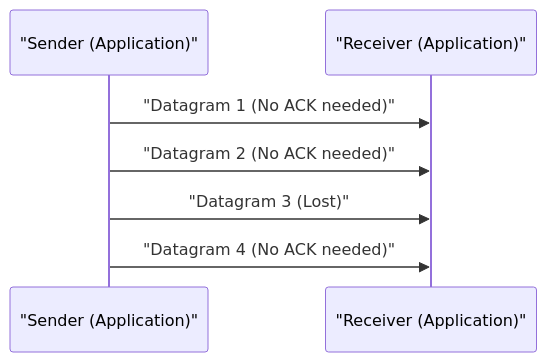
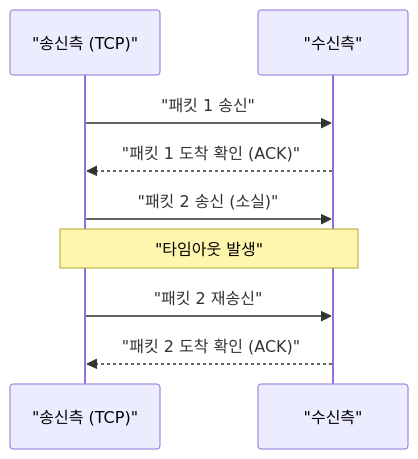
Before and after one commit to kenjinote/blog: the diagram in content/post/history-of-udp/index.ko.md, drawn with Mermaid. The commit also changed other lines of this file and 67 other files, not shown here.

````diff
--- a/content/post/history-of-udp/index.ko.md
+++ b/content/post/history-of-udp/index.ko.md
@@ -22,9 +35,11 @@
 ```mermaid
 sequenceDiagram
-    participant S as "Sender (Application)"
-    participant R as "Receiver (Application)"
-    S->>R: "Datagram 1 (No ACK needed)"
-    S->>R: "Datagram 2 (No ACK needed)"
-    S->>R: "Datagram 3 (Lost)"
-    S->>R: "Datagram 4 (No ACK needed)"
+    participant Sender as "송신측 (TCP)"
+    participant Receiver as "수신측"
+    Sender->>Receiver: "패킷 1 송신"
+    Receiver-->>Sender: "패킷 1 도착 확인 (ACK)"
+    Sender->>Receiver: "패킷 2 송신 (소실)"
+    Note over Sender,Receiver: "타임아웃 발생"
+    Sender->>Receiver: "패킷 2 재송신"
+    Receiver-->>Sender: "패킷 2 도착 확인 (ACK)"
 ```
````
